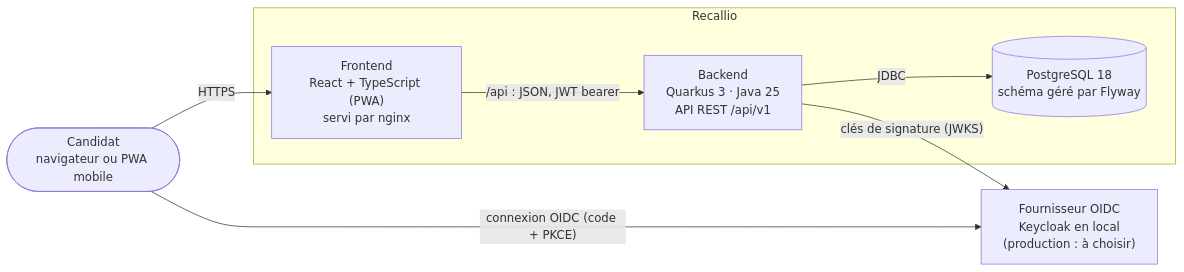
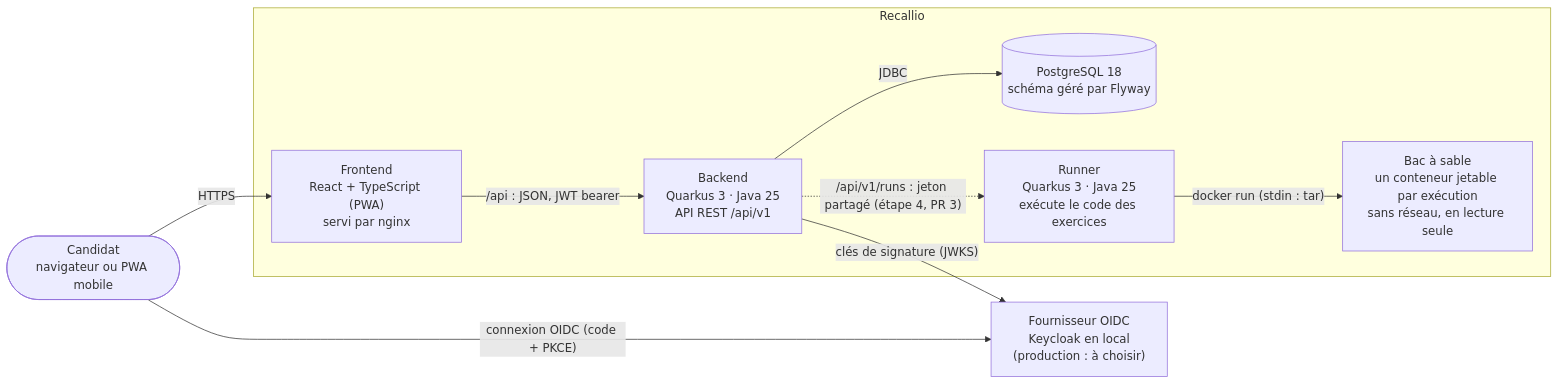
Before and after one commit to potichacha/recallio: the first of 7 diagrams in docs/architecture.md, drawn with Mermaid. The commit also changed other lines of this file and 28 other files, not shown here.

Commit message:
feat(runner): a sandboxed runner that plays code exercises in throwaway containers, every exercise checked in CI (ADR 0030) (#50)

````diff
--- a/docs/architecture.md
+++ b/docs/architecture.md
@@ -8,18 +8,22 @@
 ```mermaid
 flowchart LR
     user([Candidat<br/>navigateur ou PWA mobile])
 
     subgraph recallio [Recallio]
         front["Frontend<br/>React + TypeScript (PWA)<br/>servi par nginx"]
         back["Backend<br/>Quarkus 3 · Java 25<br/>API REST /api/v1"]
         db[("PostgreSQL 18<br/>schéma géré par Flyway")]
+        runner["Runner<br/>Quarkus 3 · Java 25<br/>exécute le code des exercices"]
+        sandbox["Bac à sable<br/>un conteneur jetable par exécution<br/>sans réseau, en lecture seule"]
     end
 
     idp["Fournisseur OIDC<br/>Keycloak en local<br/>(production : à choisir)"]
 
     user -- HTTPS --> front
     user -- "connexion OIDC (code + PKCE)" --> idp
     front -- "/api : JSON, JWT bearer" --> back
     back -- JDBC --> db
     back -- "clés de signature (JWKS)" --> idp
+    back -. "/api/v1/runs : jeton partagé (étape 4, PR 3)" .-> runner
+    runner -- "docker run (stdin : tar)" --> sandbox
 ```
````
